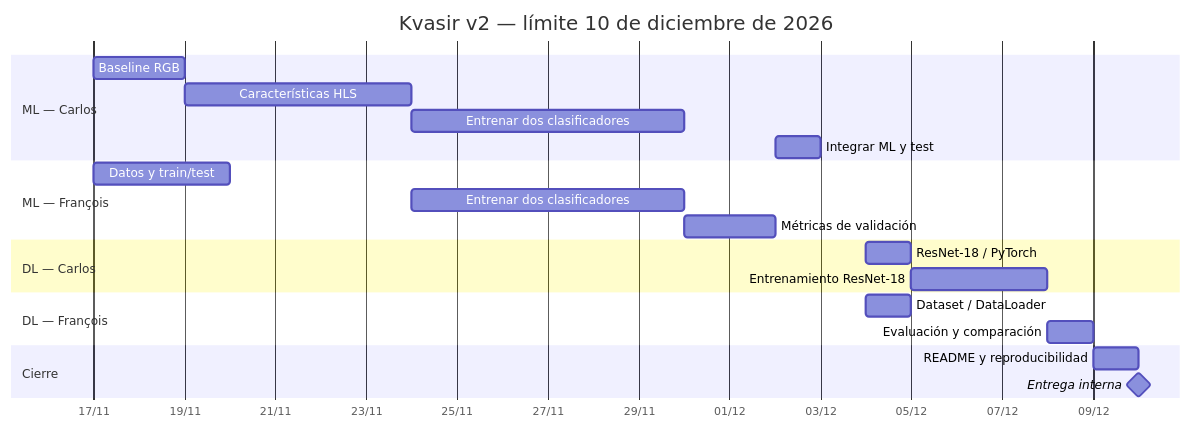
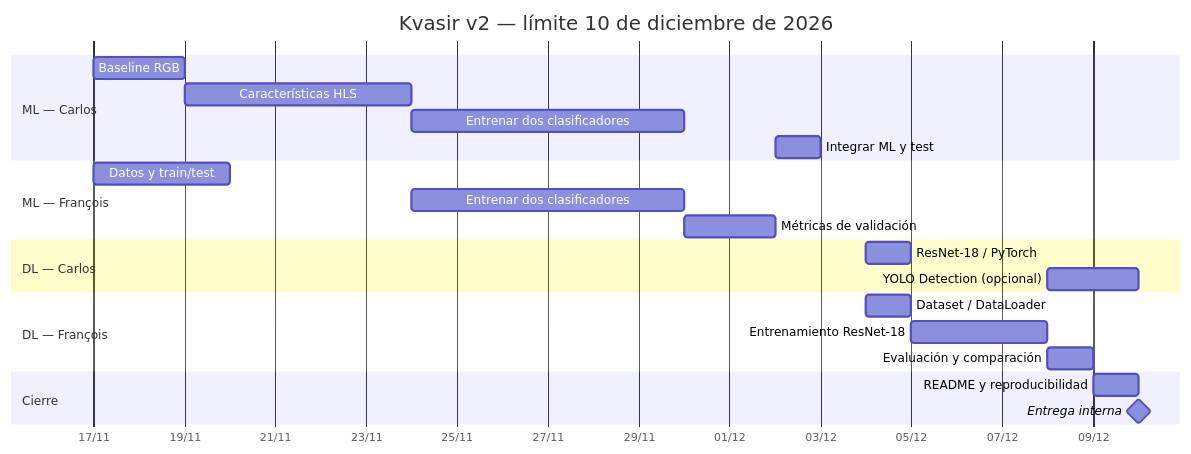
The diagram in PROJECT_BOARD.md (itsCarlosDev/kvasir-v2-gastrointestinal-classification), drawn with Mermaid before and after one commit. The commit also changed other lines of this file, not shown here.

Commit message:
docs: actualizar responsables YOLO y entrenamiento ResNet en tablero

````diff
--- a/PROJECT_BOARD.md
+++ b/PROJECT_BOARD.md
@@ -48,24 +48,25 @@
 ```mermaid
 gantt
     title Kvasir v2 — límite 10 de diciembre de 2026
     dateFormat YYYY-MM-DD
     axisFormat %d/%m
     section ML — Carlos
     Baseline RGB                    :c1, 2026-11-17, 2026-11-19
     Características HLS             :c2, 2026-11-19, 2026-11-24
     Entrenar dos clasificadores     :c3, 2026-11-24, 2026-11-30
     Integrar ML y test              :c4, 2026-12-02, 2026-12-03
     section ML — François
     Datos y train/test              :f1, 2026-11-17, 2026-11-20
     Entrenar dos clasificadores     :f2, 2026-11-24, 2026-11-30
     Métricas de validación          :f3, 2026-11-30, 2026-12-02
     section DL — Carlos
     ResNet-18 / PyTorch             :c5, 2026-12-04, 2026-12-05
-    Entrenamiento ResNet-18         :c6, 2026-12-05, 2026-12-08
+    YOLO Detection (opcional)        :c6, 2026-12-08, 2026-12-10
     section DL — François
     Dataset / DataLoader            :f4, 2026-12-04, 2026-12-05
+    Entrenamiento ResNet-18         :f7, 2026-12-05, 2026-12-08
     Evaluación y comparación        :f5, 2026-12-08, 2026-12-09
     section Cierre
     README y reproducibilidad       :f6, 2026-12-09, 2026-12-10
     Entrega interna                 :milestone, m1, 2026-12-10, 0d
 ```
````
